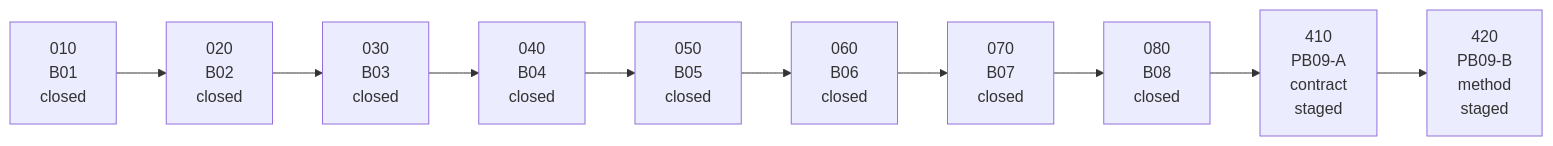
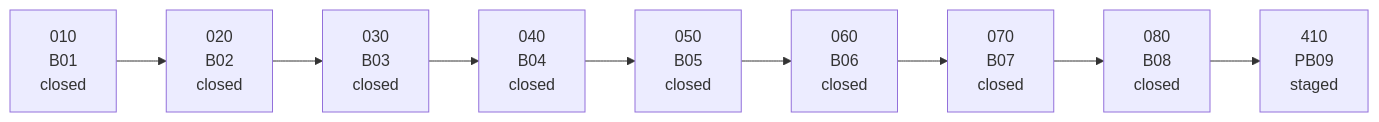
One commit to tryskian/scorey changed the first of 2 diagrams in docs/research/000_LEGEND.md. Above: the diagram before and after it, drawn with Mermaid. The commit also changed other lines of this file and 17 other files, not shown here.

````diff
--- a/docs/research/000_LEGEND.md
+++ b/docs/research/000_LEGEND.md
@@ -28,15 +27,14 @@
 ```mermaid
 flowchart LR
   B1["010<br/>B01<br/>closed"]
   B2["020<br/>B02<br/>closed"]
   B3["030<br/>B03<br/>closed"]
   B4["040<br/>B04<br/>closed"]
   B5["050<br/>B05<br/>closed"]
   B6["060<br/>B06<br/>closed"]
   B7["070<br/>B07<br/>closed"]
   B8["080<br/>B08<br/>closed"]
-  PB9A["410<br/>PB09-A<br/>contract<br/>staged"]
-  PB9B["420<br/>PB09-B<br/>method<br/>staged"]
+  PB9["410<br/>PB09<br/>staged"]
 
-  B1 --> B2 --> B3 --> B4 --> B5 --> B6 --> B7 --> B8 --> PB9A --> PB9B
+  B1 --> B2 --> B3 --> B4 --> B5 --> B6 --> B7 --> B8 --> PB9
 ```
````
